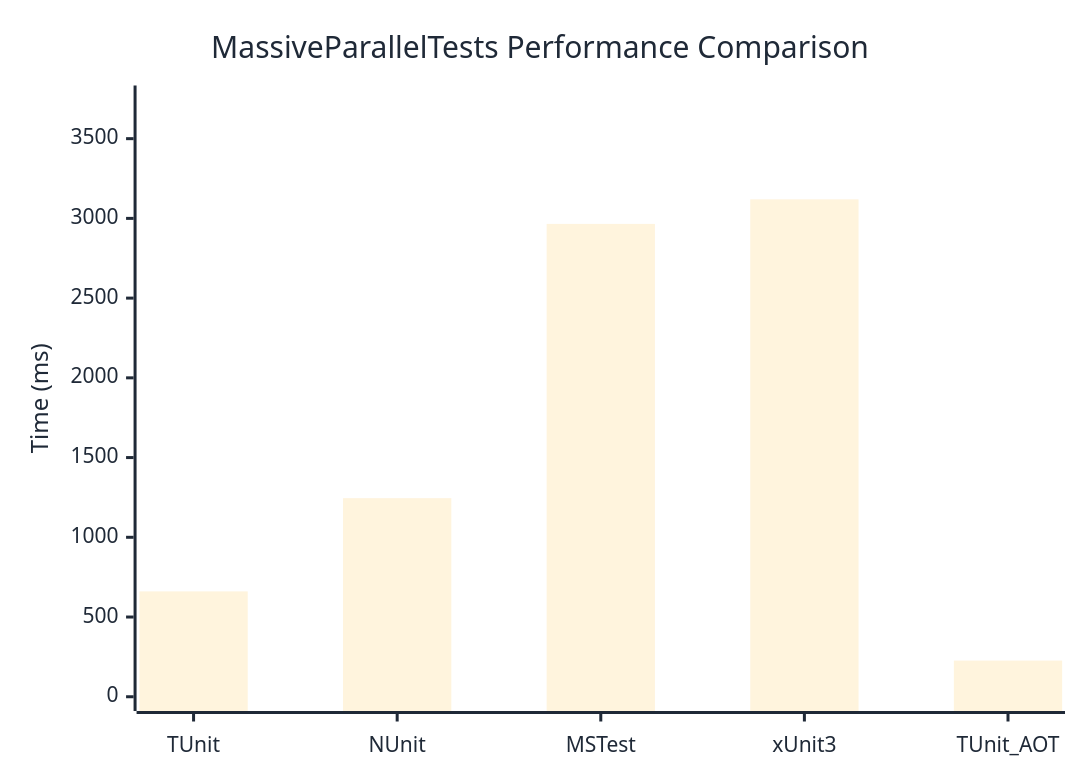
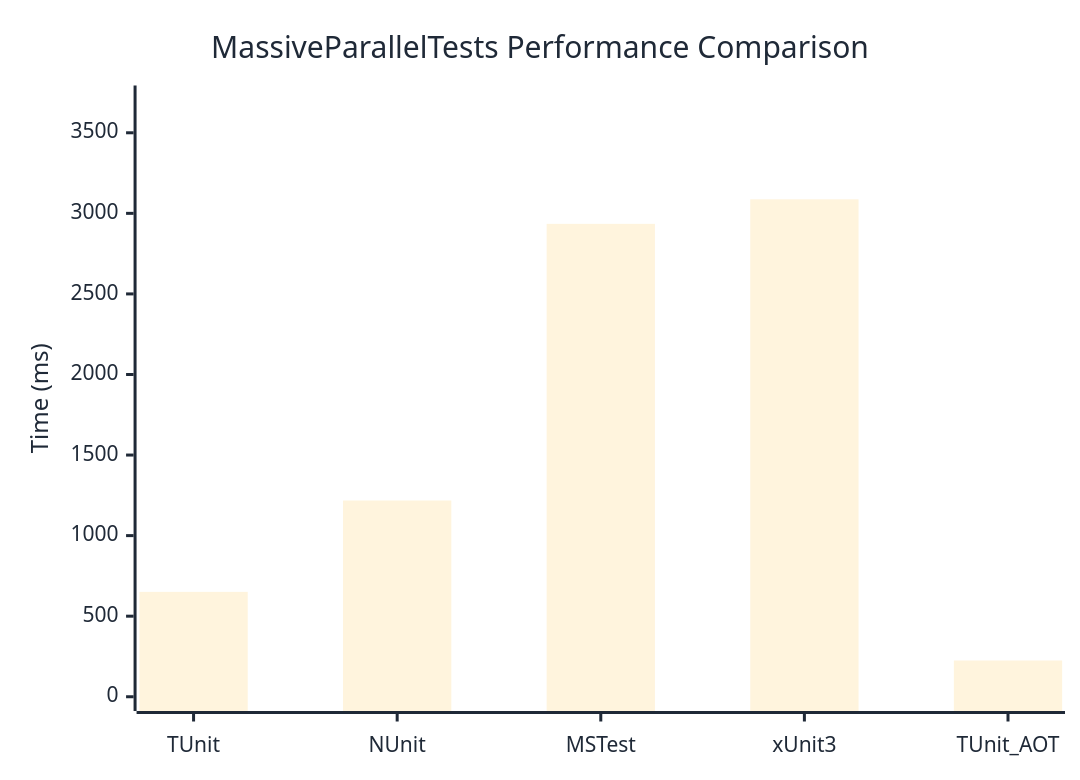
One commit to thomhurst/TUnit changed the diagram in docs/docs/benchmarks/MassiveParallelTests.md. Above: the diagram before and after it, drawn with Mermaid. The commit also changed other lines of this file and 17 other files, not shown here.

````diff
--- a/docs/docs/benchmarks/MassiveParallelTests.md
+++ b/docs/docs/benchmarks/MassiveParallelTests.md
@@ -27,37 +27,37 @@
 ```mermaid
 %%{init: {
   'theme':'base',
   'themeVariables': {
     'primaryColor': '#2563eb',
     'primaryTextColor': '#1f2937',
     'primaryBorderColor': '#1e40af',
     'lineColor': '#6b7280',
     'secondaryColor': '#7c3aed',
     'tertiaryColor': '#dc2626',
     'background': '#ffffff',
     'mainBkg': '#2563eb',
     'secondBkg': '#7c3aed',
     'tertiaryBkg': '#dc2626',
     'clusterBkg': '#f3f4f6',
     'edgeLabelBackground': '#ffffff',
     'tertiaryTextColor': '#1f2937',
     'pie1': '#2563eb',
     'pie2': '#7c3aed',
     'pie3': '#dc2626',
     'pie4': '#f59e0b',
     'pie5': '#10b981',
     'pie6': '#06b6d4',
     'pie7': '#ec4899',
     'pie8': '#6366f1',
     'pie9': '#84cc16',
     'pie10': '#f97316',
     'pie11': '#14b8a6',
     'pie12': '#a855f7'
   }
 }}%%
 xychart-beta
   title "MassiveParallelTests Performance Comparison"
   x-axis ["TUnit", "NUnit", "MSTest", "xUnit3", "TUnit_AOT"]
-  y-axis "Time (ms)" 0 --> 3744
-  bar [660.7, 1245.4, 2965.3, 3119.5, 226.8]
+  y-axis "Time (ms)" 0 --> 3705
+  bar [650.9, 1217.9, 2934.9, 3087.1, 225]
 ```
````
